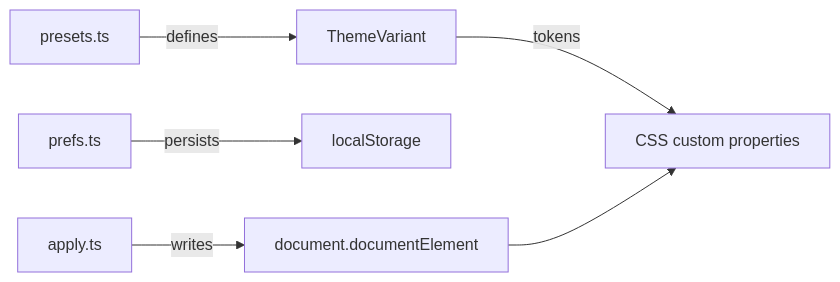
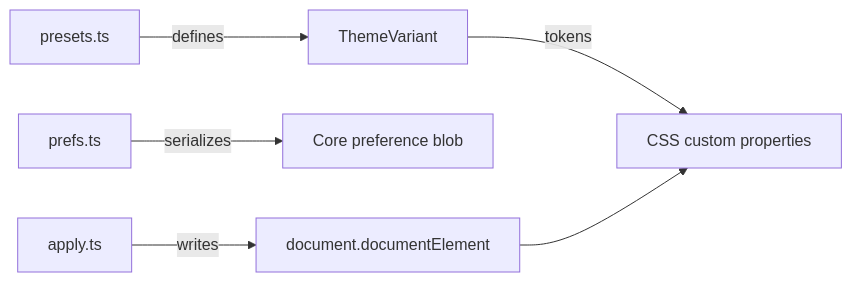
The diagram in content/docs/extend/develop/ui-package/themes.mdx (amajorai/ryu-docs), drawn with Mermaid before and after one commit. The commit also changed other lines of this file and 910 other files, not shown here.

````diff
--- a/content/docs/extend/develop/ui-package/themes.mdx
+++ b/content/docs/extend/develop/ui-package/themes.mdx
@@ -10,8 +10,8 @@
 ```mermaid
 flowchart LR
     A[presets.ts] -->|defines| B[ThemeVariant]
     B -->|tokens| C[CSS custom properties]
-    D[prefs.ts] -->|persists| E[localStorage]
+    D[prefs.ts] -->|serializes| E[Core preference blob]
     F[apply.ts] -->|writes| G[document.documentElement]
     G --> C
 ```
````
